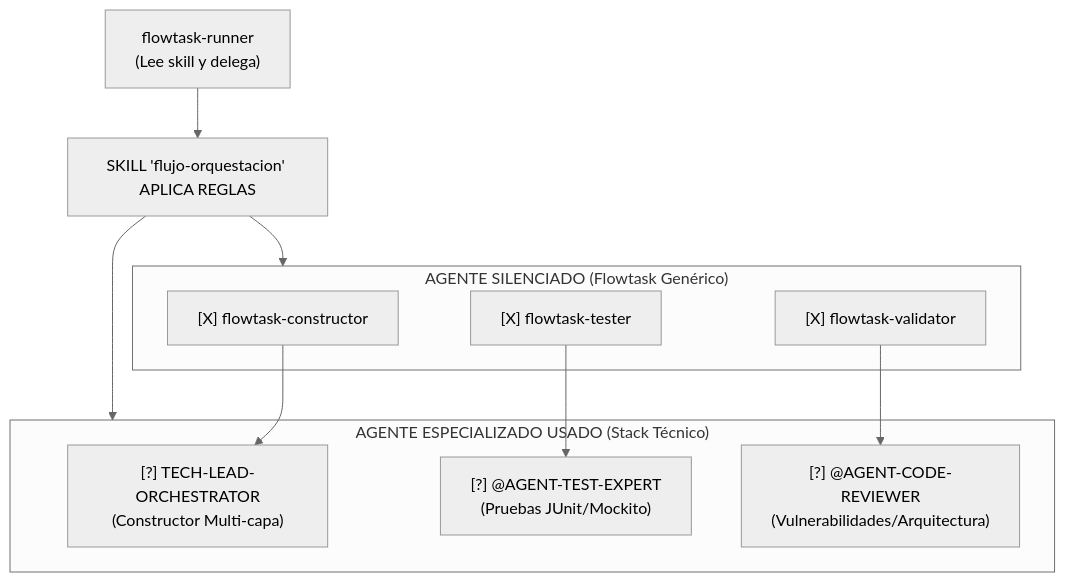
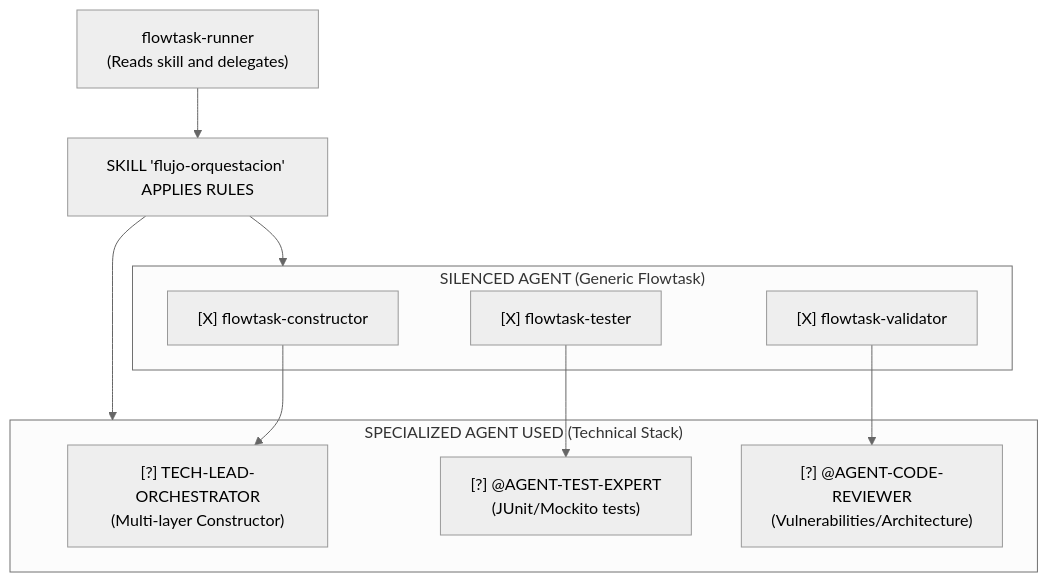
One commit to Saez520/flowtask changed the diagram in docs/architecture/flujo-orquestacion.md. Above: the diagram before and after it, drawn with Mermaid (neutral theme). The commit also changed other lines of this file and 57 other files, not shown here.

````diff
--- a/docs/architecture/flujo-orquestacion.md
+++ b/docs/architecture/flujo-orquestacion.md
@@ -5,25 +5,25 @@
 ```mermaid
 flowchart TD
-    RUNNER["flowtask-runner<br/>(Lee skill y delega)"]
-    SKILL["SKILL 'flujo-orquestacion' APLICA REGLAS"]
+    RUNNER["flowtask-runner<br/>(Reads skill and delegates)"]
+    SKILL["SKILL 'flujo-orquestacion' APPLIES RULES"]
 
     SKILL --> SIL
     SKILL --> ESP
 
-    subgraph SIL["AGENTE SILENCIADO (Flowtask Genérico)"]
+    subgraph SIL["SILENCED AGENT (Generic Flowtask)"]
         C["[X] flowtask-constructor"]
         T["[X] flowtask-tester"]
         V["[X] flowtask-validator"]
     end
 
-    subgraph ESP["AGENTE ESPECIALIZADO USADO (Stack Técnico)"]
-        TL["[?] TECH-LEAD-ORCHESTRATOR<br/>(Constructor Multi-capa)"]
-        TE["[?] @AGENT-TEST-EXPERT<br/>(Pruebas JUnit/Mockito)"]
-        CR["[?] @AGENT-CODE-REVIEWER<br/>(Vulnerabilidades/Arquitectura)"]
+    subgraph ESP["SPECIALIZED AGENT USED (Technical Stack)"]
+        TL["[?] TECH-LEAD-ORCHESTRATOR<br/>(Multi-layer Constructor)"]
+        TE["[?] @AGENT-TEST-EXPERT<br/>(JUnit/Mockito tests)"]
+        CR["[?] @AGENT-CODE-REVIEWER<br/>(Vulnerabilities/Architecture)"]
     end
 
     RUNNER --> SKILL
     C --> TL
     T --> TE
     V --> CR
 ```
````
